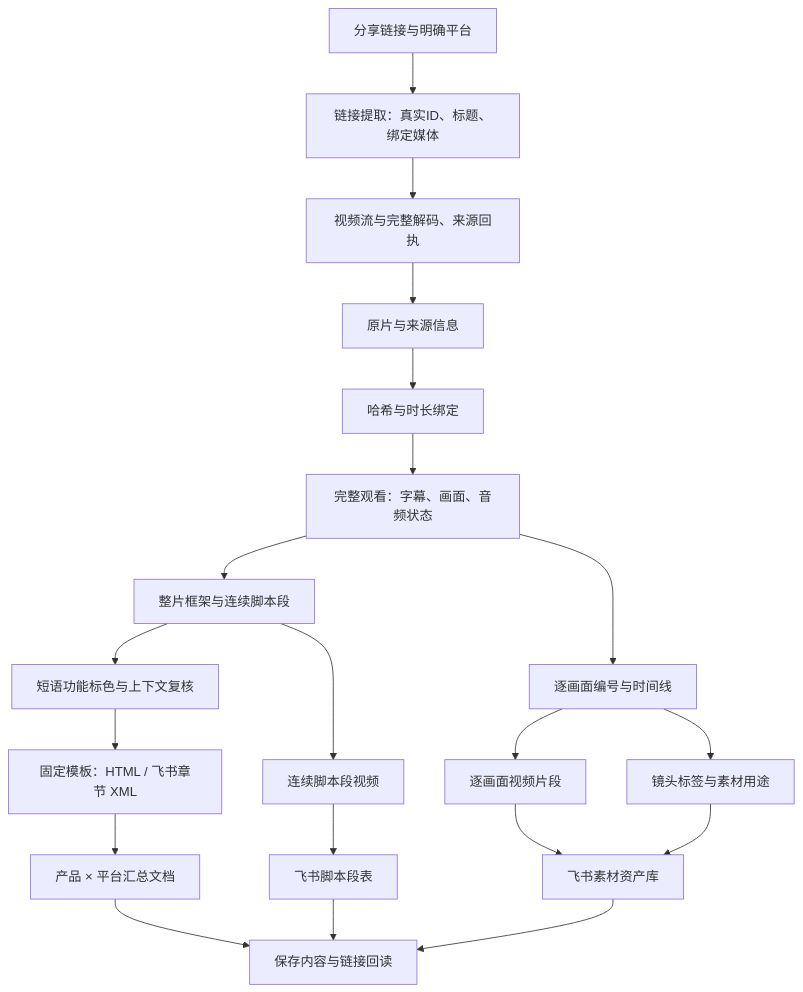
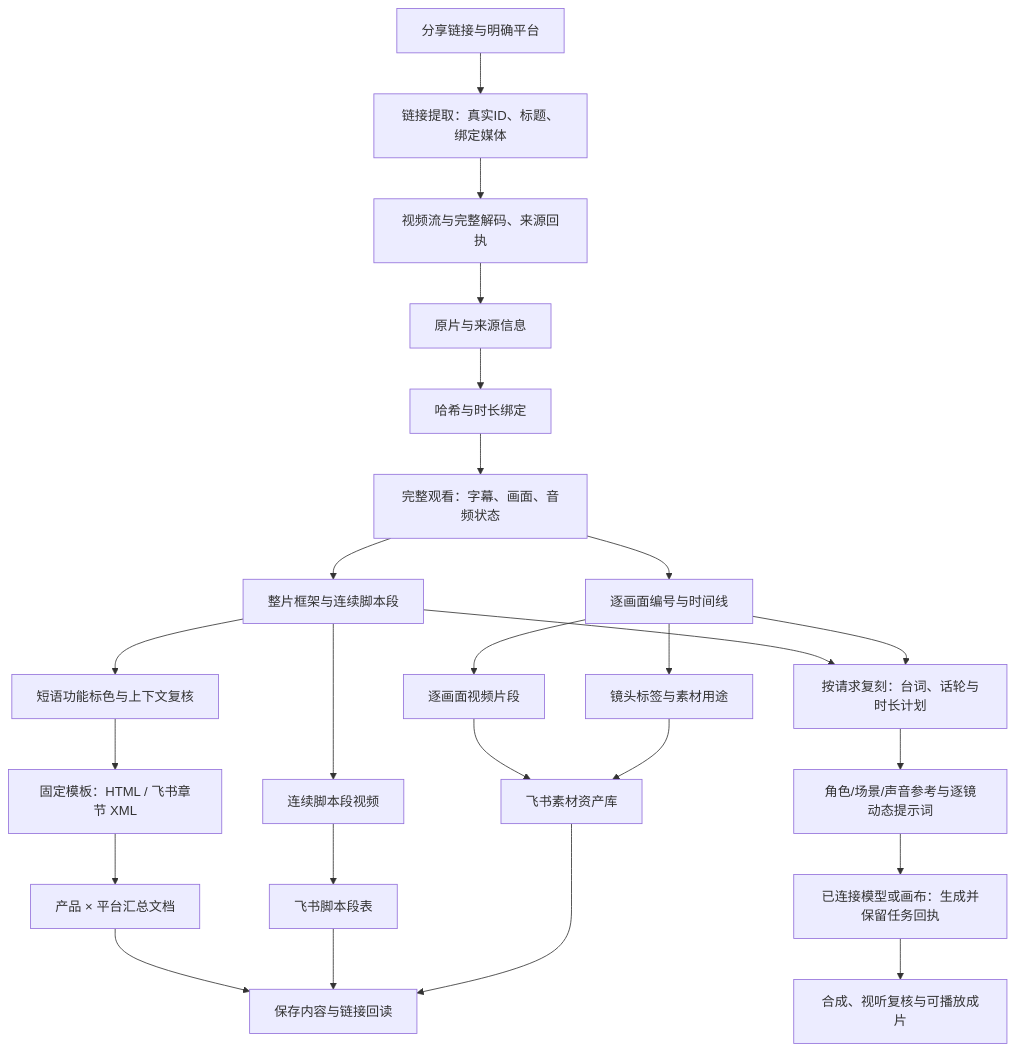
One commit to lamtrang5508647/huozhiji-video-breakdown-to-feishu changed the diagram in docs/architecture.md. Above: the diagram before and after it, drawn with Mermaid. The commit also changed other lines of this file and 21 other files, not shown here.

````diff
--- a/docs/architecture.md
+++ b/docs/architecture.md
@@ -6,22 +6,27 @@
 ```mermaid
 flowchart TD
   U[分享链接与明确平台] --> V[链接提取：真实ID、标题、绑定媒体]
   V --> W[视频流与完整解码、来源回执]
   W --> A
   A[原片与来源信息] --> B[哈希与时长绑定]
   B --> C[完整观看：字幕、画面、音频状态]
   C --> D[整片框架与连续脚本段]
   C --> E[逐画面编号与时间线]
   D --> F[短语功能标色与上下文复核]
   E --> G[镜头标签与素材用途]
   F --> H[固定模板：HTML / 飞书章节 XML]
   D --> I[连续脚本段视频]
   E --> J[逐画面视频片段]
   H --> K[产品 × 平台汇总文档]
   I --> L[飞书脚本段表]
   J --> M[飞书素材资产库]
   G --> M
   K --> N[保存内容与链接回读]
   L --> N
   M --> N
+  D --> P[按请求复刻：台词、话轮与时长计划]
+  E --> P
+  P --> Q[角色/场景/声音参考与逐镜动态提示词]
+  Q --> R[已连接模型或画布：生成并保留任务回执]
+  R --> S[合成、视听复核与可播放成片]
 ```
````
